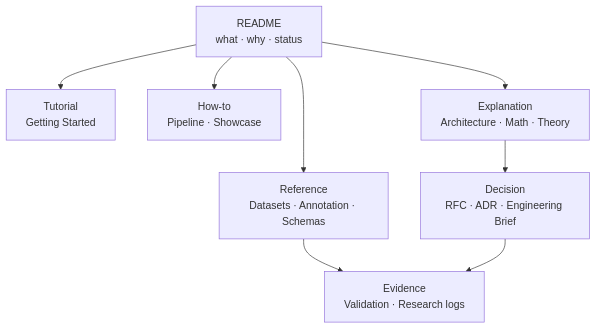
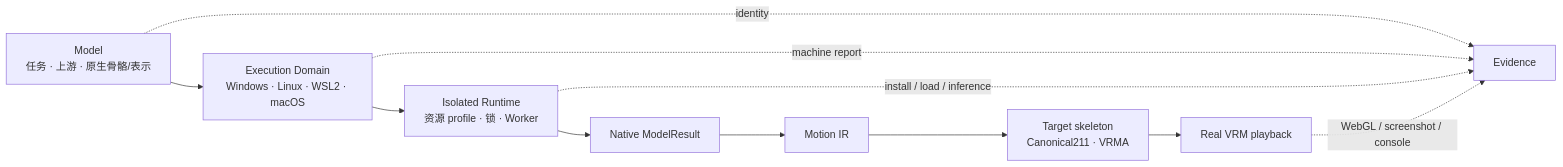
One commit to Moonweave-AI/virea changed the diagram in doc/README.zh-CN.md. Above: the diagram before and after it, drawn with Mermaid. The commit also changed other lines of this file and 553 other files, not shown here.

````diff
--- a/doc/README.zh-CN.md
+++ b/doc/README.zh-CN.md
@@ -31,10 +63,13 @@
 ```mermaid
-flowchart TD
-    A["README<br/>what · why · status"] --> B["Tutorial<br/>Getting Started"]
-    A --> C["How-to<br/>Pipeline · Showcase"]
-    A --> D["Explanation<br/>Architecture · Math · Theory"]
-    A --> E["Reference<br/>Datasets · Annotation · Schemas"]
-    D --> F["Decision<br/>RFC · ADR · Engineering Brief"]
-    E --> G["Evidence<br/>Validation · Research logs"]
-    F --> G
+flowchart LR
+    M["Model\n任务 · 上游 · 原生骨骼/表示"] --> E["Execution Domain\nWindows · Linux · WSL2 · macOS"]
+    E --> R["Isolated Runtime\n资源 profile · 锁 · Worker"]
+    R --> N["Native ModelResult"]
+    N --> I["Motion IR"]
+    I --> T["Target skeleton\nCanonical211 · VRMA"]
+    T --> P["Real VRM playback"]
+    M -. identity .-> X["Evidence"]
+    E -. machine report .-> X
+    R -. install / load / inference .-> X
+    P -. WebGL / screenshot / console .-> X
 ```
````
